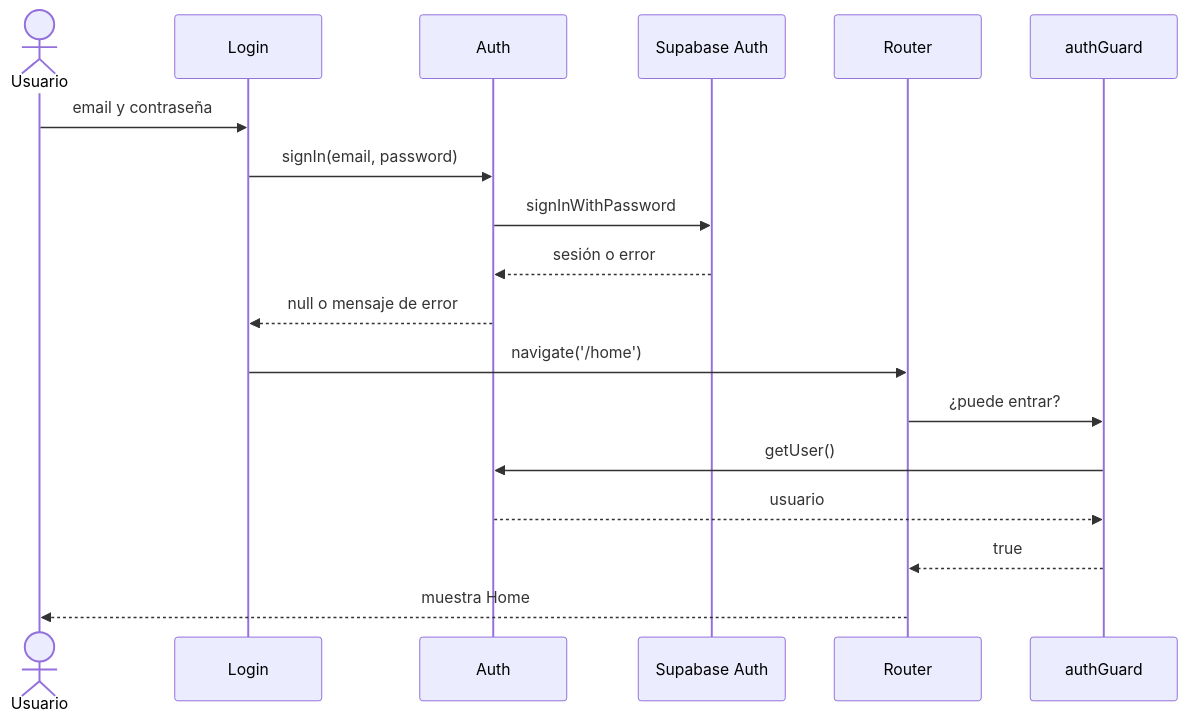
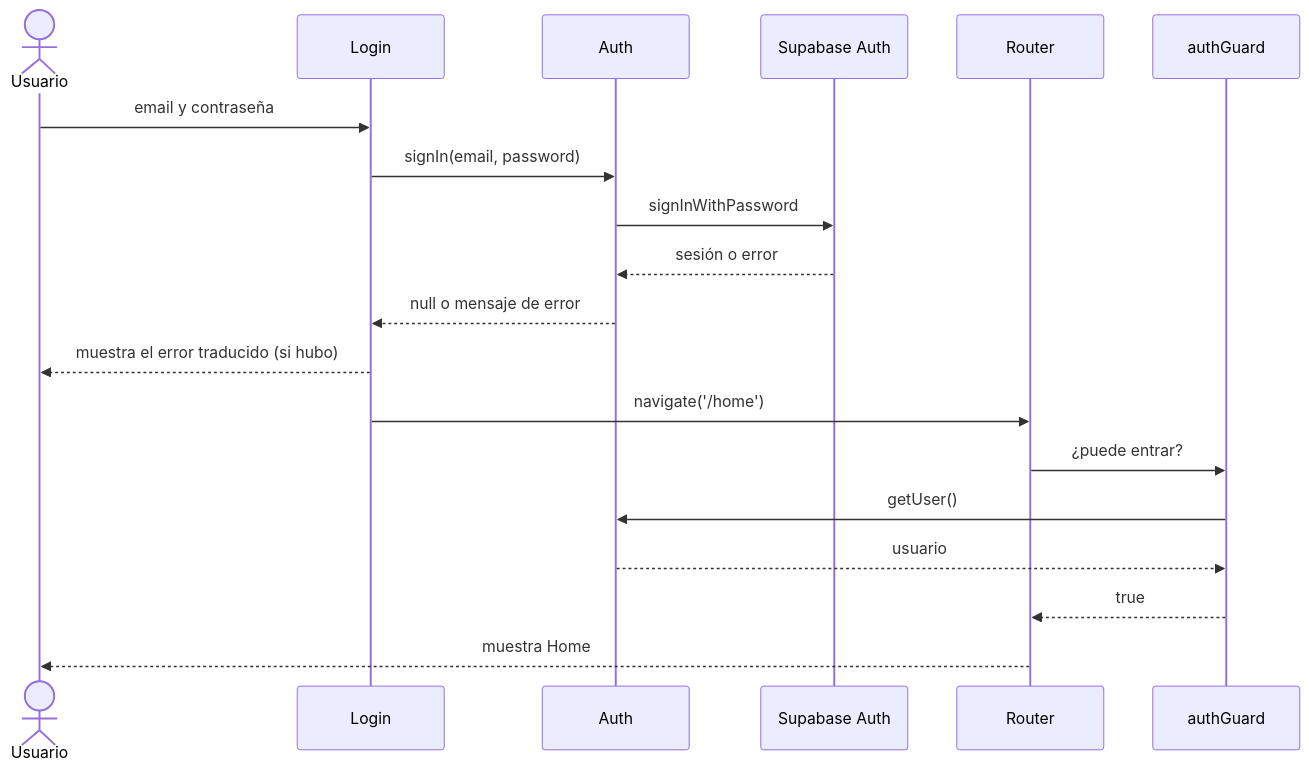
Before and after one commit to EmilianoCenturion/TP1-Progra-IV-Cinepop: the fourth of 11 diagrams in ARQUITECTURA.md, drawn with Mermaid. The commit also changed other lines of this file and 1 other file, not shown here.

````diff
--- a/ARQUITECTURA.md
+++ b/ARQUITECTURA.md
@@ -202,21 +237,22 @@
 ```mermaid
 sequenceDiagram
     actor U as Usuario
     participant L as Login
     participant A as Auth
     participant SA as Supabase Auth
     participant R as Router
     participant G as authGuard
 
     U->>L: email y contraseña
     L->>A: signIn(email, password)
     A->>SA: signInWithPassword
     SA-->>A: sesión o error
     A-->>L: null o mensaje de error
+    L-->>U: muestra el error traducido (si hubo)
     L->>R: navigate('/home')
     R->>G: ¿puede entrar?
     G->>A: getUser()
     A-->>G: usuario
     G-->>R: true
     R-->>U: muestra Home
 ```
````
